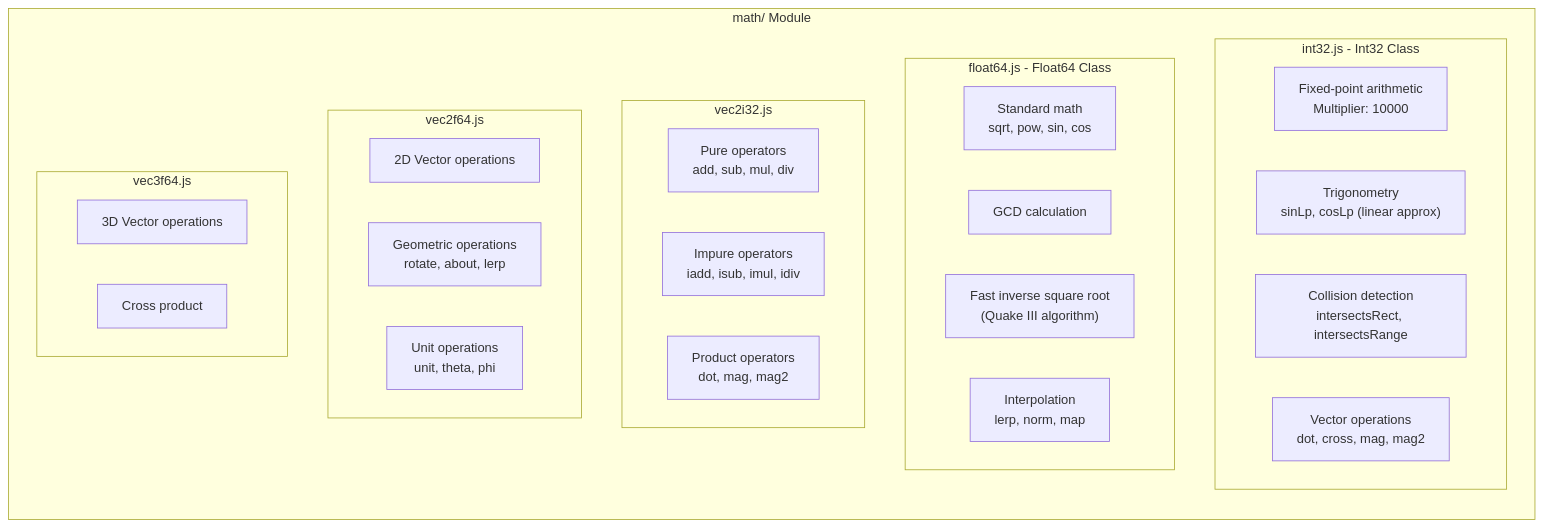
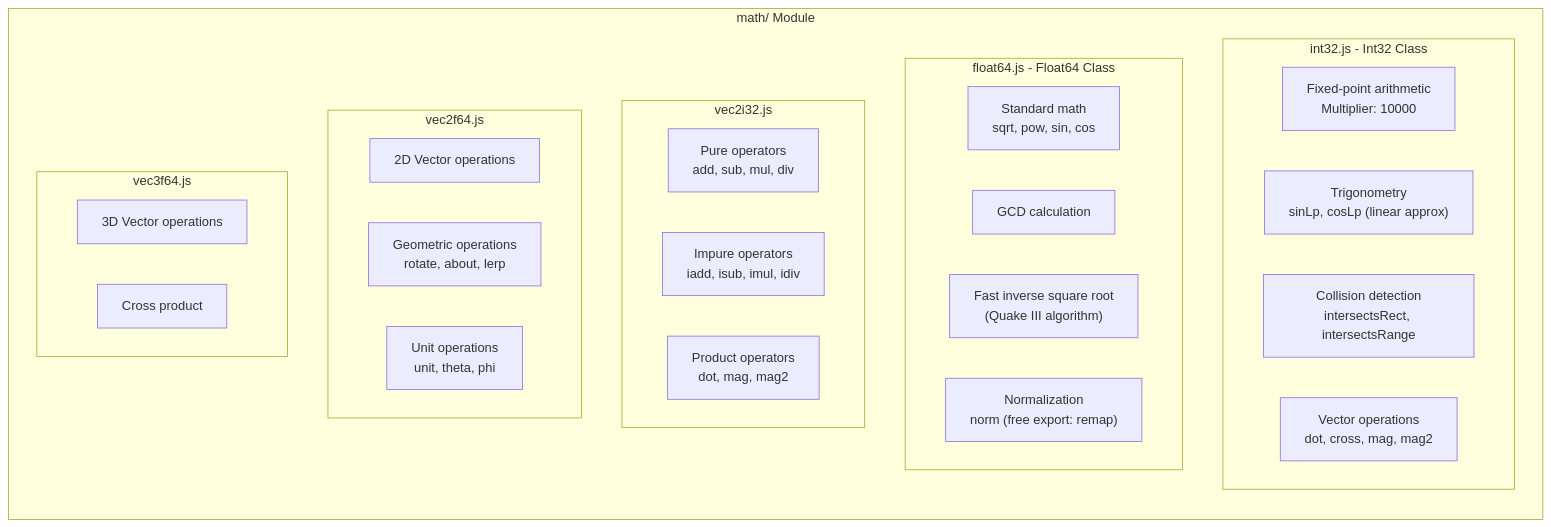
Before and after one commit to jklarenbeek/jarenjs: the ninth of 12 diagrams in packages/core/ARCHITECTURE.md, drawn with Mermaid. The commit also changed 37 other files, not shown here.

Commit message:
Move shipped capability out of the roadmap and into the package docs

````diff
--- a/packages/core/ARCHITECTURE.md
+++ b/packages/core/ARCHITECTURE.md
@@ -540,37 +540,37 @@
 ```mermaid
 flowchart TB
     subgraph MathModule["math/ Module"]
         direction TB
 
         subgraph Int32["int32.js - Int32 Class"]
             FixedPoint["Fixed-point arithmetic<br/>Multiplier: 10000"]
             Trig["Trigonometry<br/>sinLp, cosLp (linear approx)"]
             Collision["Collision detection<br/>intersectsRect, intersectsRange"]
             VectorOps["Vector operations<br/>dot, cross, mag, mag2"]
         end
 
         subgraph Float64["float64.js - Float64 Class"]
             Standard["Standard math<br/>sqrt, pow, sin, cos"]
             GCD["GCD calculation"]
             InverseSqrt["Fast inverse square root<br/>(Quake III algorithm)"]
-            Interpolation["Interpolation<br/>lerp, norm, map"]
+            Interpolation["Normalization<br/>norm (free export: remap)"]
         end
 
         subgraph Vec2I32["vec2i32.js"]
             V2I32Pure["Pure operators<br/>add, sub, mul, div"]
             V2I32Impure["Impure operators<br/>iadd, isub, imul, idiv"]
             V2I32Product["Product operators<br/>dot, mag, mag2"]
         end
 
         subgraph Vec2F64["vec2f64.js"]
             V2F64Ops["2D Vector operations"]
             V2F64Geom["Geometric operations<br/>rotate, about, lerp"]
             V2F64Unit["Unit operations<br/>unit, theta, phi"]
         end
 
         subgraph Vec3F64["vec3f64.js"]
             V3F64Ops["3D Vector operations"]
             V3F64Cross["Cross product"]
         end
     end
 ```
````
